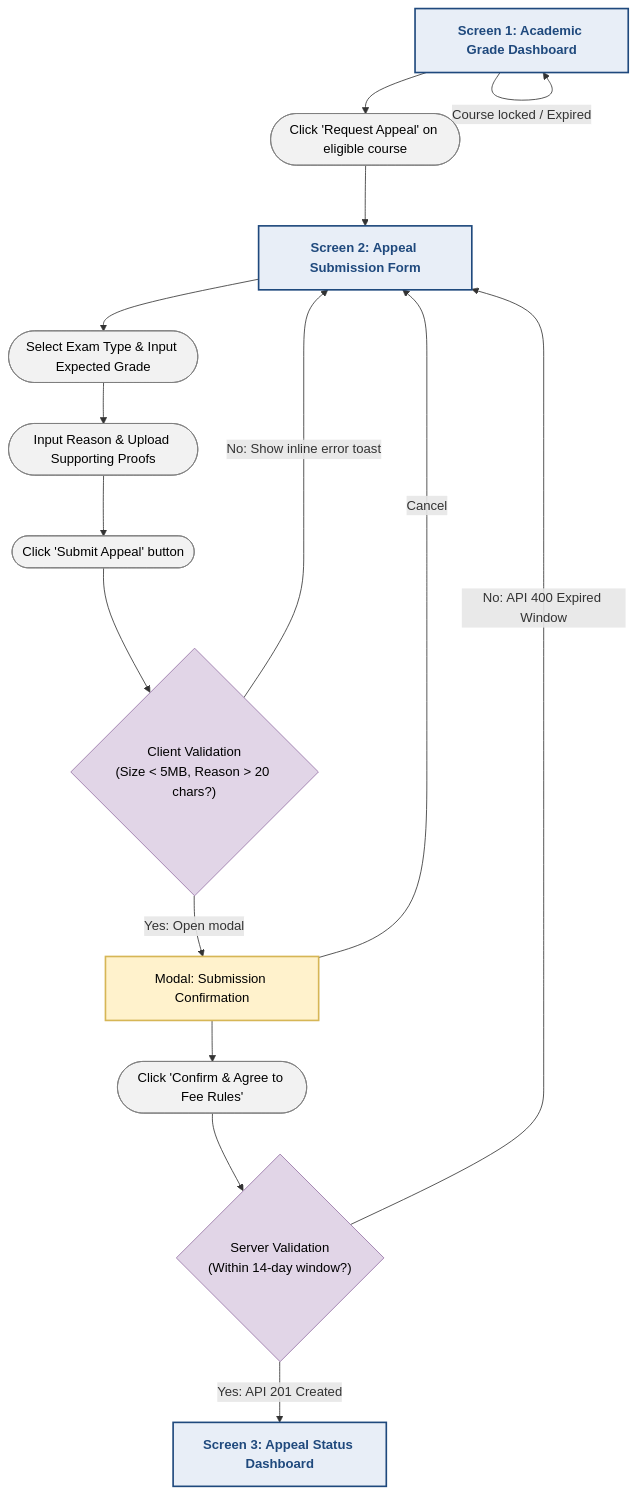
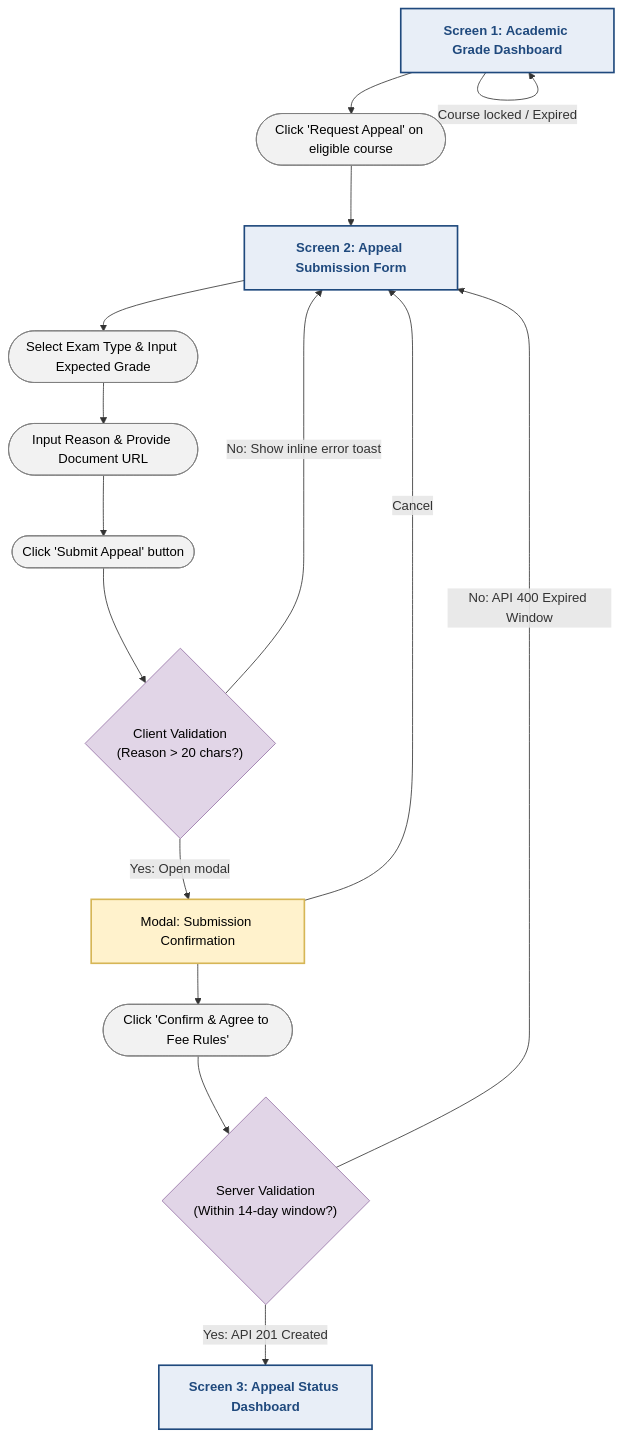
Before and after one commit to ltny24/Software-Engineering---Group-6: the diagram in docs/requirements/spec_specification/004-submit grade appeal/spec.md, drawn with Mermaid. The commit also changed other lines of this file, not shown here.

First line of the commit message:
Revise grade appeal process to use document URLs

````diff
--- a/docs/requirements/spec_specification/004-submit grade appeal/spec.md
+++ b/docs/requirements/spec_specification/004-submit grade appeal/spec.md
@@ -71,34 +70,34 @@
 ```mermaid
 graph TD
     classDef screen fill:#e8eef7,stroke:#1f497d,stroke-width:2px,color:#1f497d,font-weight:bold
     classDef modal fill:#fff2cc,stroke:#d6b656,stroke-width:2px,color:#000
     classDef action fill:#f2f2f2,stroke:#7f7f7f,stroke-width:1px,color:#000
     classDef decision fill:#e1d5e7,stroke:#9673a6,stroke-width:1px,color:#000
 
     S1["Screen 1: Academic Grade Dashboard"]:::screen
     S2["Screen 2: Appeal Submission Form"]:::screen
     M1["Modal: Submission Confirmation"]:::modal
     S3["Screen 3: Appeal Status Dashboard"]:::screen
 
     A1(["Click 'Request Appeal' on eligible course"]):::action
     A2(["Select Exam Type & Input Expected Grade"]):::action
-    A3(["Input Reason & Upload Supporting Proofs"]):::action
+    A3(["Input Reason & Provide Document URL"]):::action
     A4(["Click 'Submit Appeal' button"]):::action
     A5(["Click 'Confirm & Agree to Fee Rules'"]):::action
 
-    D1{"Client Validation<br/>(Size < 5MB, Reason > 20 chars?)"}:::decision
+    D1{"Client Validation<br/>(Reason > 20 chars?)"}:::decision
     D2{"Server Validation<br/>(Within 14-day window?)"}:::decision
 
     S1 -->|Course locked / Expired| S1
     S1 --> A1 --> S2
     S2 --> A2 --> A3 --> A4 --> D1
 
     D1 -->|No: Show inline error toast| S2
     D1 -->|Yes: Open modal| M1
 
     M1 -->|Cancel| S2
     M1 --> A5 --> D2
 
     D2 -->|No: API 400 Expired Window| S2
     D2 -->|Yes: API 201 Created| S3
 ```
````
